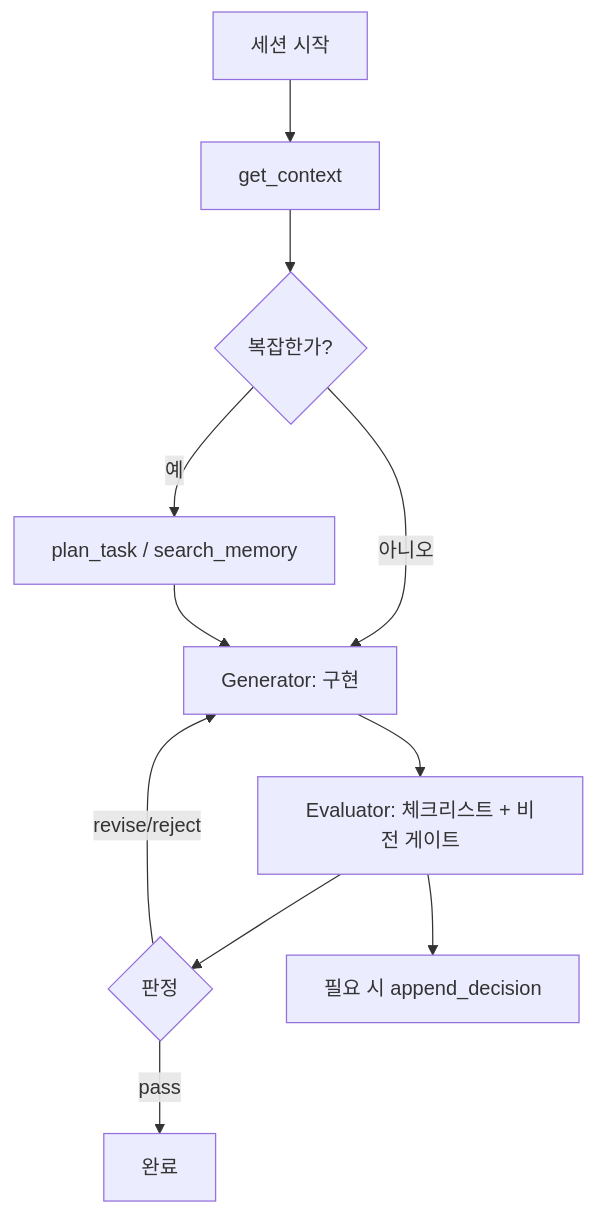
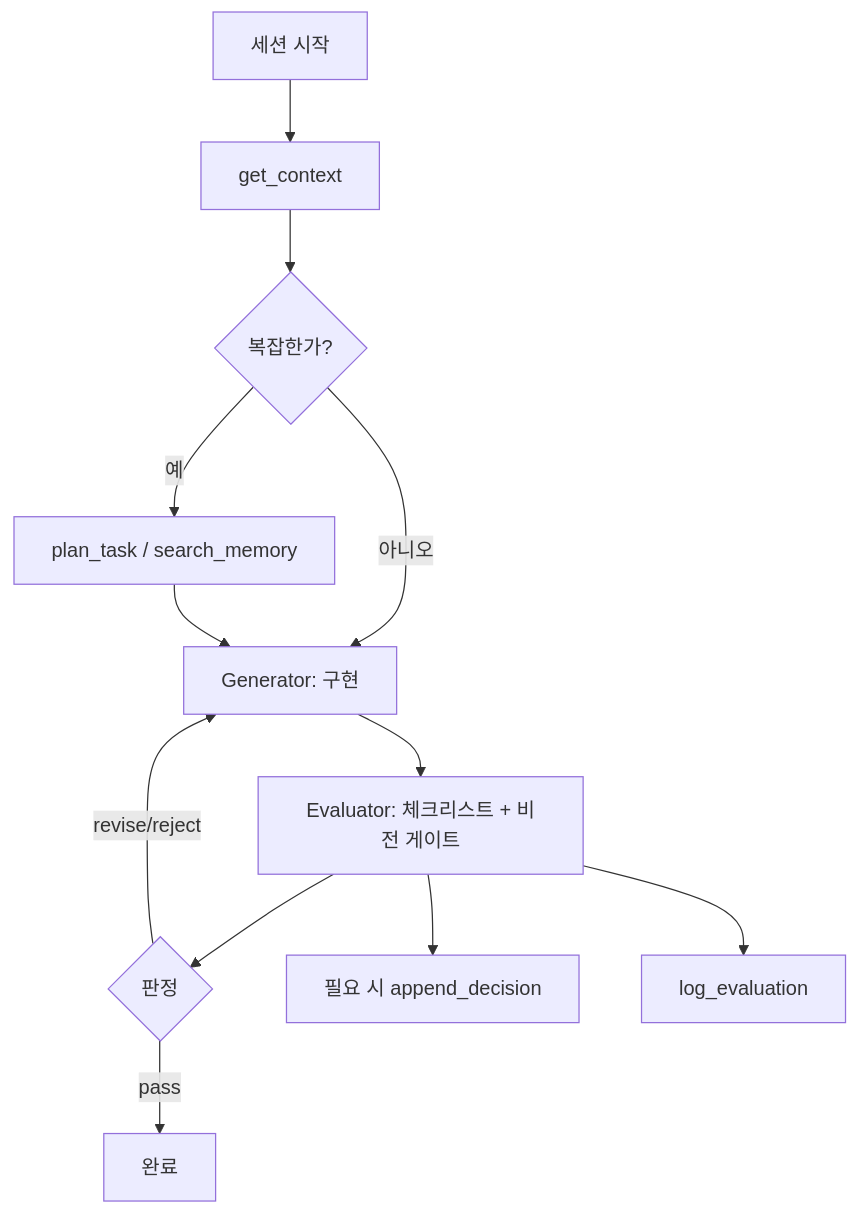
One commit to byh3071-cpu/Yohan-OS changed the second of 2 diagrams in docs/CONTEXT-AND-HARNESS-SYSTEM.md. Above: the diagram before and after it, drawn with Mermaid. The commit also changed other lines of this file and 19 other files, not shown here.

First line of the commit message:
feat: MCP log_evaluation, Evaluator 게이트·하네스 정리, 메트릭 샘플

````diff
--- a/docs/CONTEXT-AND-HARNESS-SYSTEM.md
+++ b/docs/CONTEXT-AND-HARNESS-SYSTEM.md
@@ -54,13 +61,14 @@
 ```mermaid
 flowchart TD
   S[세션 시작] --> GC[get_context]
   GC --> P{복잡한가?}
   P -->|예| PL[plan_task / search_memory]
   P -->|아니오| G[Generator: 구현]
   PL --> G
   G --> E[Evaluator: 체크리스트 + 비전 게이트]
   E --> D{판정}
   D -->|pass| END[완료]
   D -->|revise/reject| G
   E --> AD[필요 시 append_decision]
+  E --> LE[log_evaluation]
 ```
````
